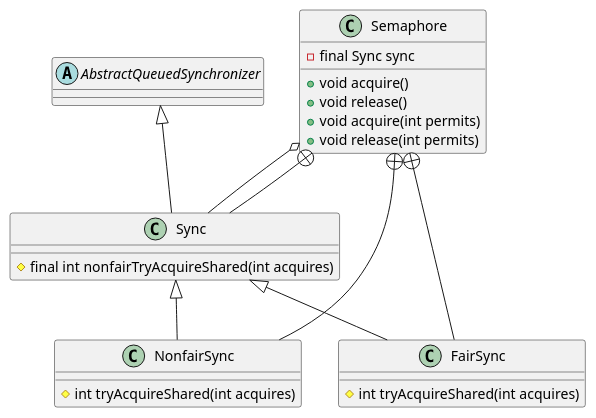
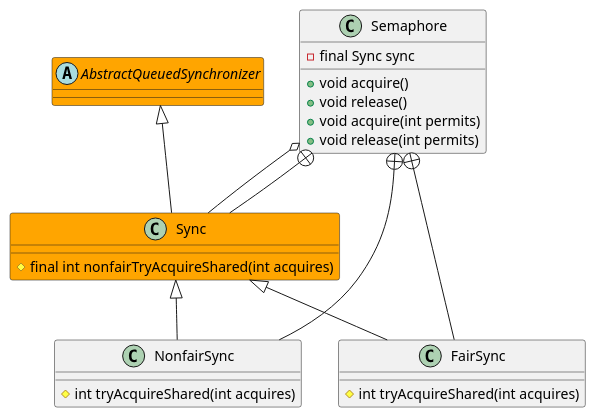
The diagram in docs/10-java/src/rt.jar.src/java/util/concurrent/tool.Semaphore.md (onlyonion/development), drawn with PlantUML before and after one commit. The commit also changed other lines of this file and 173 other files, not shown here.

````diff
--- a/docs/10-java/src/rt.jar.src/java/util/concurrent/tool.Semaphore.md
+++ b/docs/10-java/src/rt.jar.src/java/util/concurrent/tool.Semaphore.md
@@ -6,36 +6,35 @@
 ```plantuml
 @startuml
 
 class Semaphore {
     - final Sync sync
     + void acquire()
     + void release()
     + void acquire(int permits)
     + void release(int permits) 
 }
 
 Semaphore o-- Sync
 Semaphore +-- Sync
 Semaphore +-- NonfairSync
 Semaphore +-- FairSync
 
-abstract class AbstractQueuedSynchronizer 
+abstract class AbstractQueuedSynchronizer #orange
 AbstractQueuedSynchronizer ^-- Sync
 
-class Sync {
+class Sync #orange {
     # final int nonfairTryAcquireShared(int acquires)
 }
 Sync ^-- NonfairSync
 Sync ^-- FairSync
 
 class NonfairSync {
     # int tryAcquireShared(int acquires)
 }
 
 class FairSync {
     # int tryAcquireShared(int acquires)
 }
 
-
 @enduml
 ```
````
